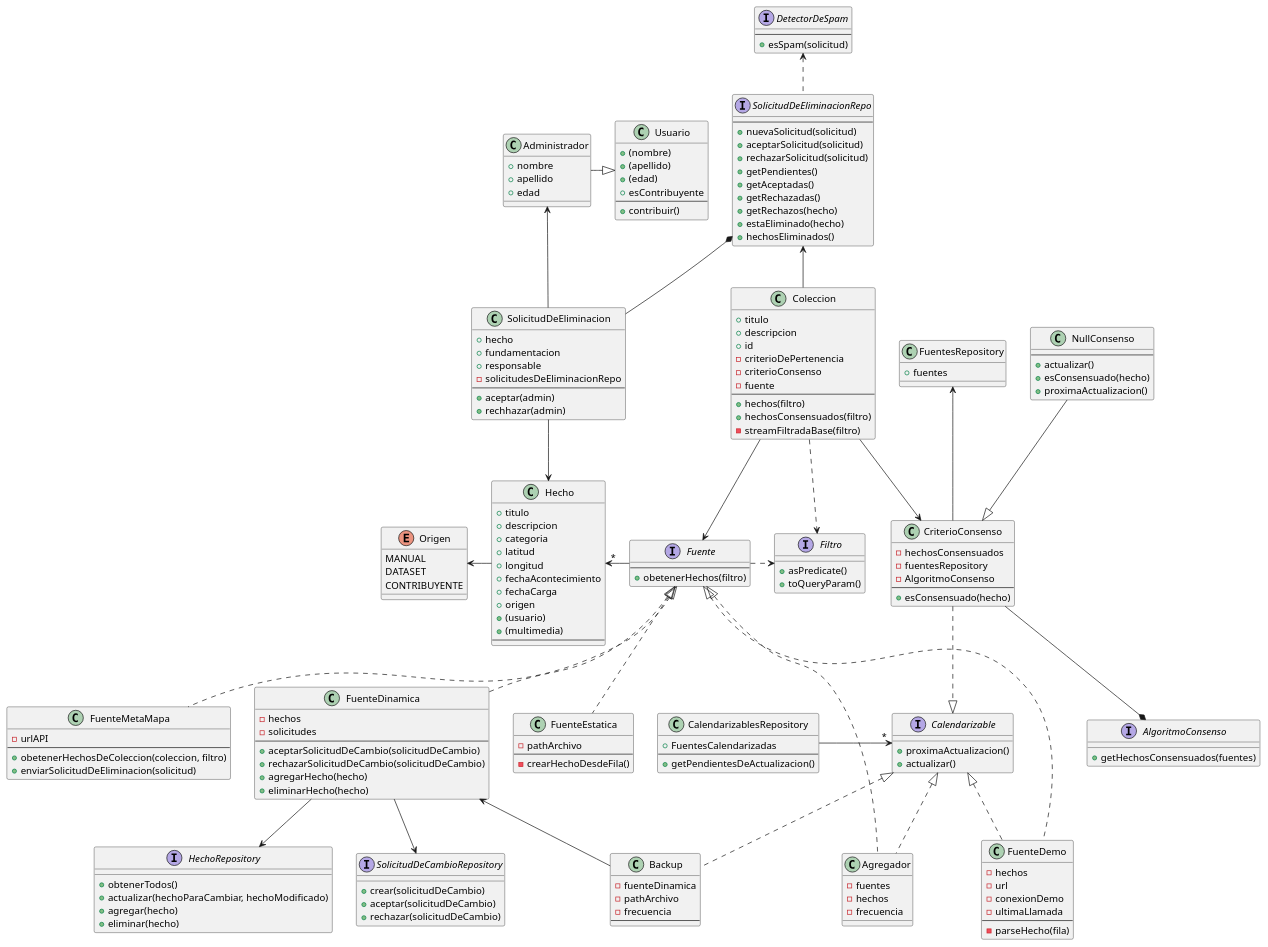
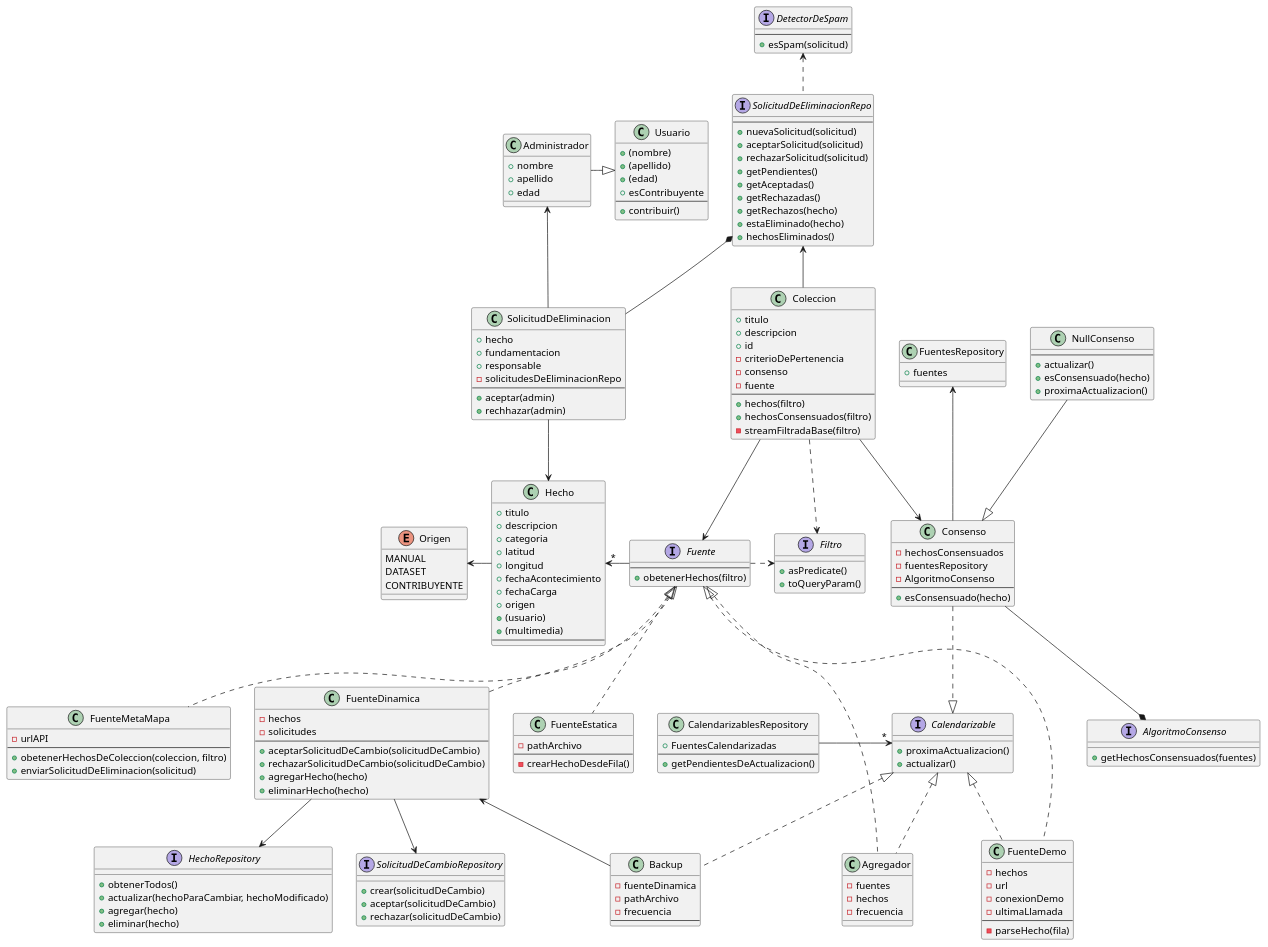
One commit to lrizzitano/Metamapa changed the diagram in diagramas/diagrama-clases.puml. Above: the diagram before and after it, drawn with PlantUML.

Commit message:
cambio CriterioConsenso a Consenso en diagrama

```diff
--- a/diagramas/diagrama-clases.puml
+++ b/diagramas/diagrama-clases.puml
@@ -49,7 +49,7 @@
     +descripcion
     +id
     -criterioDePertenencia
-    -criterioConsenso
+    -consenso
     -fuente
     --
     +hechos(filtro)
@@ -57,7 +57,7 @@
     -streamFiltradaBase(filtro)
 }
 
-class CriterioConsenso {
+class Consenso {
     -hechosConsensuados
     -fuentesRepository
     -AlgoritmoConsenso
@@ -184,9 +184,9 @@
 
 Coleccion --> Fuente
 Coleccion .r.> Filtro
-Coleccion --> CriterioConsenso
+Coleccion --> Consenso
 
-CriterioConsenso -[hidden]l- Filtro
+Consenso -[hidden]l- Filtro
 
 Fuente -l-> "*" Hecho
 Fuente .r.>Filtro
@@ -200,10 +200,10 @@
 FuenteDinamica --> HechoRepository
 FuenteDinamica --> SolicitudDeCambioRepository
 
-CriterioConsenso ..|> Calendarizable
-CriterioConsenso -u-> FuentesRepository
-CriterioConsenso --* AlgoritmoConsenso
-NullConsenso --|> CriterioConsenso
+Consenso ..|> Calendarizable
+Consenso -u-> FuentesRepository
+Consenso --* AlgoritmoConsenso
+NullConsenso --|> Consenso
 
 Agregador .u.|> Calendarizable
 
```
